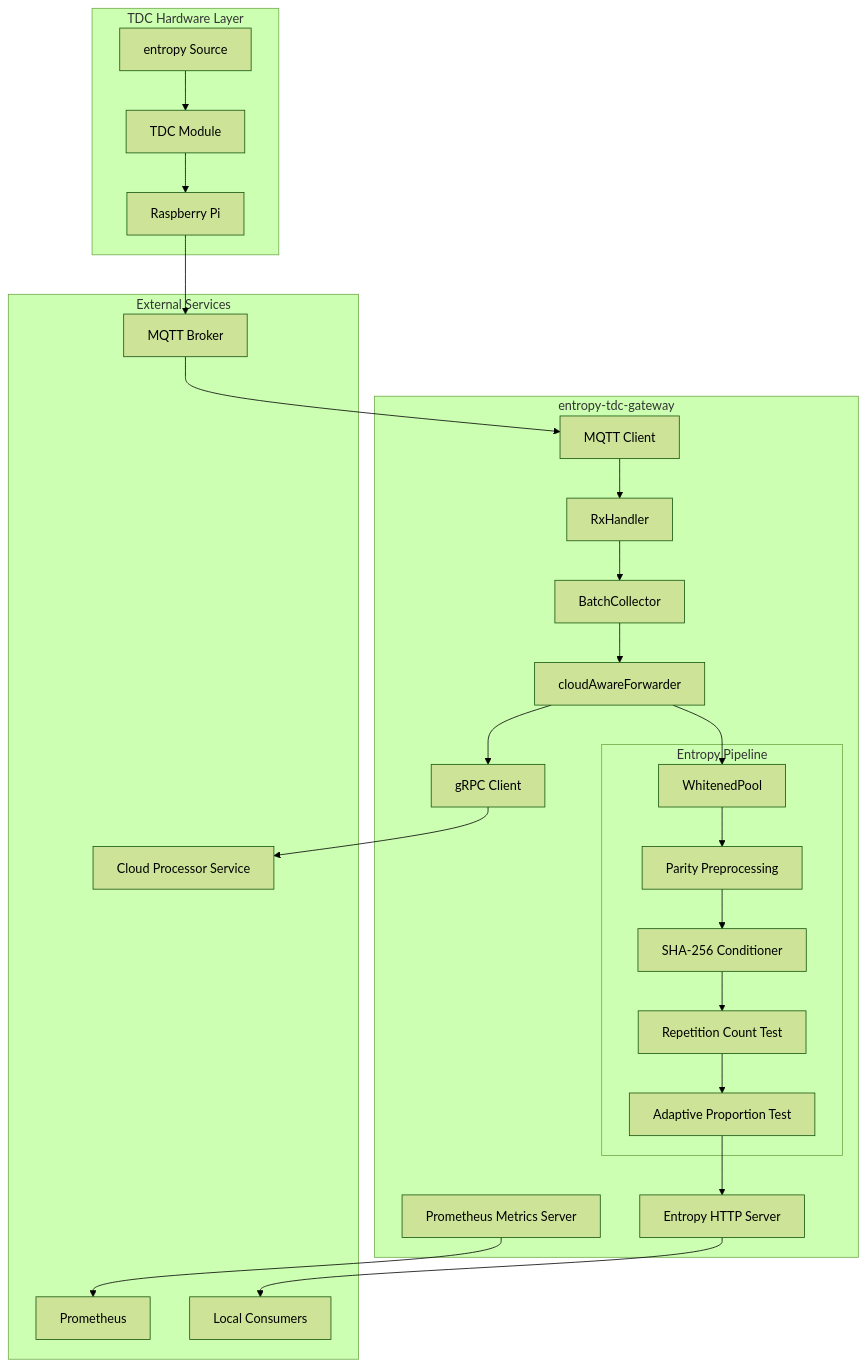
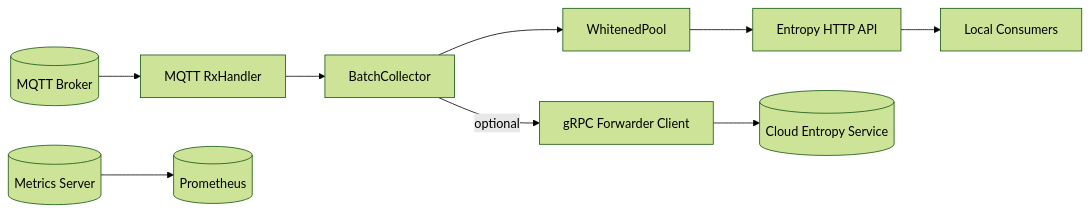
Before and after one commit to AmmannChristian/entropy-tdc-gateway: the first of 2 diagrams in README.md, drawn with Mermaid (forest theme). The commit also changed other lines of this file and 14 other files, not shown here.

Commit message:
Remove unnecessary comment separators in test files and improve comment clarity across codebase. Updated batch size constants and validation thresholds for consistency.

````diff
--- a/README.md
+++ b/README.md
@@ -35,52 +36,11 @@
 ```mermaid
-graph TB
-    subgraph "TDC Hardware Layer"
-        SR90[entropy Source]
-        TDC[TDC Module]
-        RPI[Raspberry Pi]
-    end
-
-    subgraph "entropy-tdc-gateway"
-        MQTT_CLIENT[MQTT Client]
-        HANDLER[RxHandler]
-        COLLECTOR[BatchCollector]
-        FORWARDER[cloudAwareForwarder]
-
-        subgraph "Entropy Pipeline"
-            POOL[WhitenedPool]
-            PARITY[Parity Preprocessing]
-            SHA256[SHA-256 Conditioner]
-            RCT[Repetition Count Test]
-            APT[Adaptive Proportion Test]
-        end
-
-        HTTP_SERVER[Entropy HTTP Server]
-        METRICS_SERVER[Prometheus Metrics Server]
-        GRPC_CLIENT[gRPC Client]
-    end
-
-    subgraph "External Services"
-        MQTT_BROKER[MQTT Broker]
-        CLOUD[Cloud Processor Service]
-        PROM[Prometheus]
-        CONSUMER[Local Consumers]
-    end
-
-    SR90 --> TDC
-    TDC --> RPI
-    RPI --> MQTT_BROKER
-    MQTT_BROKER --> MQTT_CLIENT
-    MQTT_CLIENT --> HANDLER
-    HANDLER --> COLLECTOR
-    COLLECTOR --> FORWARDER
-    FORWARDER --> POOL
-    FORWARDER --> GRPC_CLIENT
-    POOL --> PARITY
-    PARITY --> SHA256
-    SHA256 --> RCT
-    RCT --> APT
-    APT --> HTTP_SERVER
-    HTTP_SERVER --> CONSUMER
-    GRPC_CLIENT --> CLOUD
-    METRICS_SERVER --> PROM
+graph LR
+    MQTT[(MQTT Broker)] --> RX[MQTT RxHandler]
+    RX --> BC[BatchCollector]
+    BC --> POOL[WhitenedPool]
+    BC -->|optional| GRPC[gRPC Forwarder Client]
+    POOL --> HTTP[Entropy HTTP API]
+    HTTP --> CONS[Local Consumers]
+    GRPC --> CLOUD[(Cloud Entropy Service)]
+    M[(Metrics Server)] --> PROM[(Prometheus)]
 ```
````
